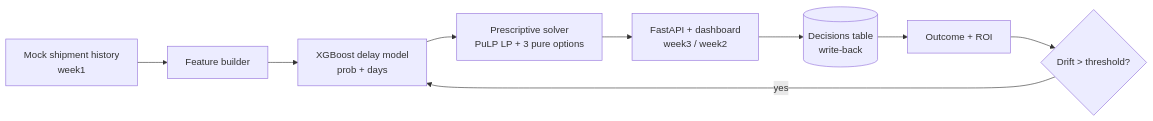
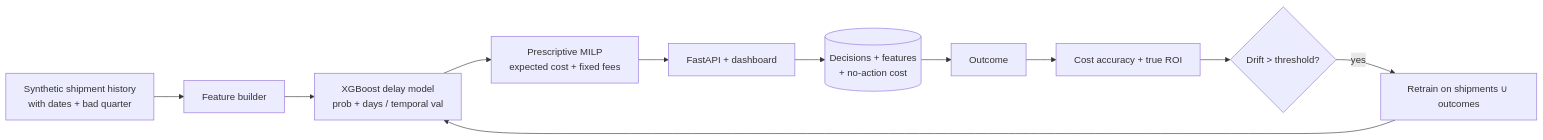
Before and after one commit to bhattchintan8540-cmd/Supply-Prescript: the diagram in README.md, drawn with Mermaid. The commit also changed other lines of this file and 2 other files, not shown here.

First line of the commit message:
Rewrite top-level docs for expected-cost and true ROI claims

````diff
--- a/README.md
+++ b/README.md
@@ -25,11 +27,13 @@
 ```mermaid
 flowchart LR
-  A[Mock shipment history<br/>week1] --> B[Feature builder]
-  B --> C[XGBoost delay model<br/>prob + days]
-  C --> D[Prescriptive solver<br/>PuLP LP + 3 pure options]
-  D --> E[FastAPI + dashboard<br/>week3 / week2]
-  E --> F[(Decisions table<br/>write-back)]
-  F --> G[Outcome + ROI]
-  G --> H{Drift > threshold?}
-  H -->|yes| C
+  A[Synthetic shipment history<br/>with dates + bad quarter] --> B[Feature builder]
+  B --> C[XGBoost delay model<br/>prob + days / temporal val]
+  C --> D[Prescriptive MILP<br/>expected cost + fixed fees]
+  D --> E[FastAPI + dashboard]
+  E --> F[(Decisions + features<br/>+ no-action cost)]
+  F --> G[Outcome]
+  G --> H[Cost accuracy + true ROI]
+  H --> I{Drift > threshold?}
+  I -->|yes| J[Retrain on shipments ∪ outcomes]
+  J --> C
 ```
````
